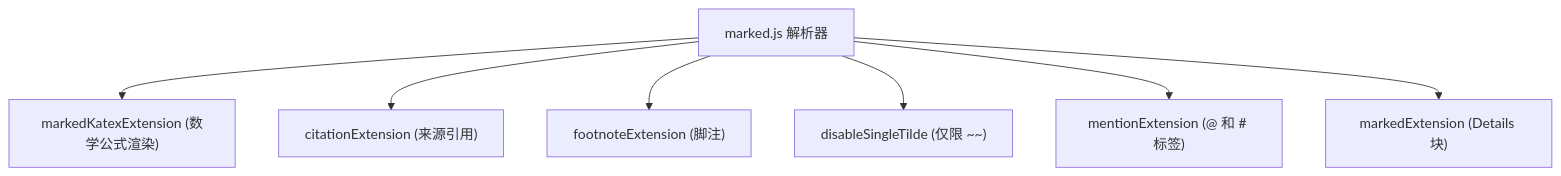
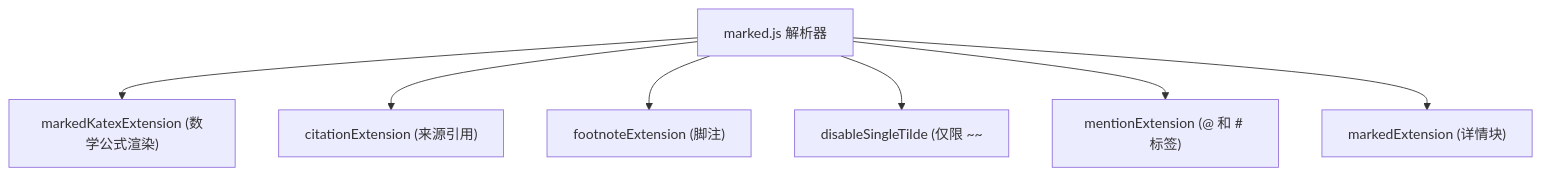
Before and after one commit to Chesszyh/Wiki: the second of 3 diagrams in tests/open-webui_deepwiki/zh/5-message-rendering.md, drawn with Mermaid. The commit also changed other lines of this file and 234 other files, not shown here.

````diff
--- a/tests/open-webui_deepwiki/zh/5-message-rendering.md
+++ b/tests/open-webui_deepwiki/zh/5-message-rendering.md
@@ -117,17 +117,17 @@
 ```mermaid
 flowchart TD
     Marked["marked.js 解析器"]
     KaTeX["markedKatexExtension (数学公式渲染)"]
     Citation["citationExtension (来源引用)"]
     Footnote["footnoteExtension (脚注)"]
-    Strikethrough["disableSingleTilde (仅限 ~~) "]
+    Strikethrough["disableSingleTilde (仅限 ~~"]
     Mention["mentionExtension (@ 和 # 标签)"]
-    Custom["markedExtension (Details 块)"]
+    Custom["markedExtension (详情块)"]
 
     Marked --> KaTeX
     Marked --> Citation
     Marked --> Footnote
     Marked --> Strikethrough
     Marked --> Mention
     Marked --> Custom
 ```
````
